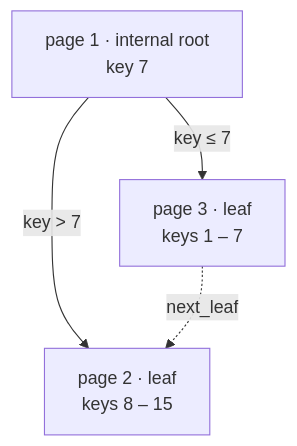
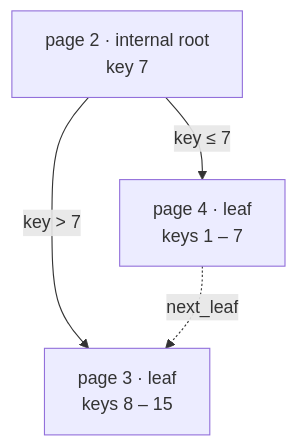
The sixth of 21 diagrams in README.md (Rohitangshu2026/mini-sql), drawn with Mermaid before and after one commit. The commit also changed other lines of this file, not shown here.

````diff
--- a/README.md
+++ b/README.md
@@ -509,9 +607,9 @@
 ```mermaid
 flowchart TD
-    R["page 1 · internal root<br/>key 7"]
-    L["page 3 · leaf<br/>keys 1 – 7"]
-    RL["page 2 · leaf<br/>keys 8 – 15"]
+    R["page 2 · internal root<br/>key 7"]
+    L["page 4 · leaf<br/>keys 1 – 7"]
+    RL["page 3 · leaf<br/>keys 8 – 15"]
     R -->|"key ≤ 7"| L
     R -->|"key > 7"| RL
     L -.->|next_leaf| RL
 ```
````
